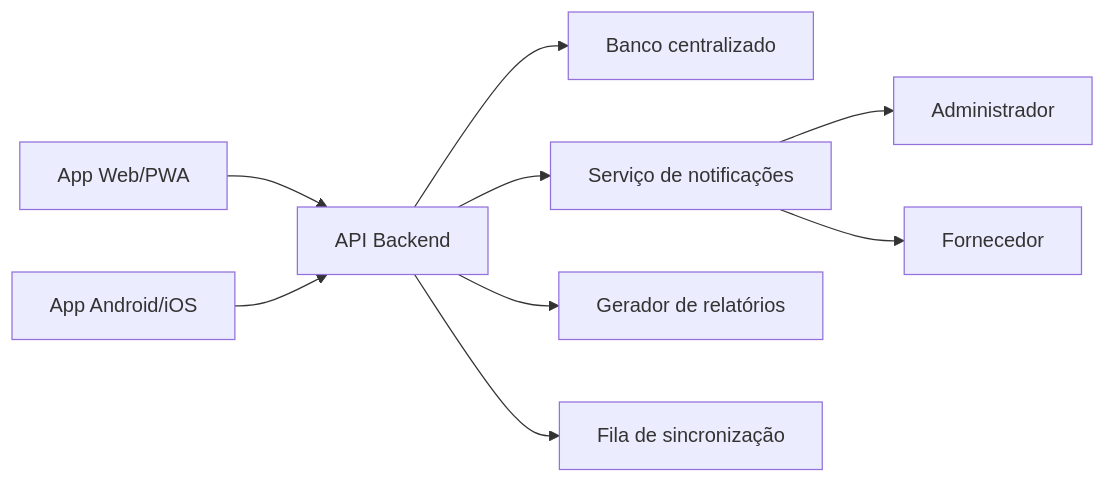
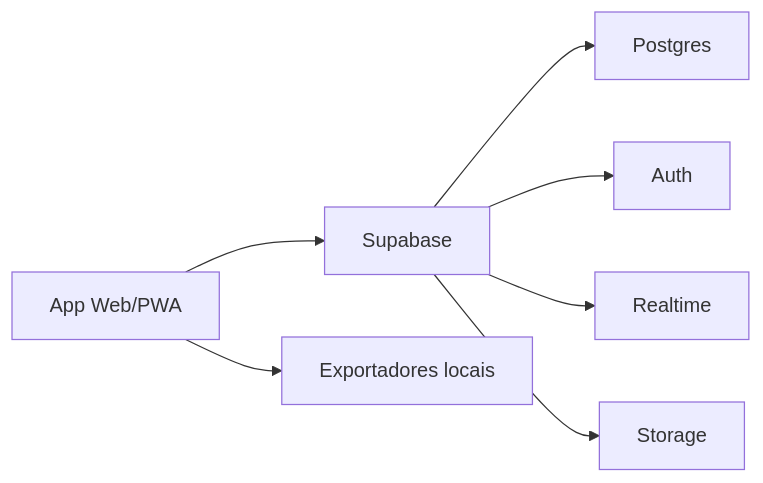
The diagram in docs/arquitetura.md (GuilhermeMoraesTV/alimenta-obra), drawn with Mermaid before and after one commit. The commit also changed other lines of this file and 25 other files, not shown here.

````diff
--- a/docs/arquitetura.md
+++ b/docs/arquitetura.md
@@ -13,11 +60,9 @@
 ```mermaid
 flowchart LR
-  A["App Web/PWA"] --> B["API Backend"]
-  C["App Android/iOS"] --> B
-  B --> D["Banco centralizado"]
-  B --> E["Serviço de notificações"]
-  B --> F["Gerador de relatórios"]
-  B --> G["Fila de sincronização"]
-  E --> H["Administrador"]
-  E --> I["Fornecedor"]
+  A["App Web/PWA"] --> B["Supabase"]
+  B --> C["Postgres"]
+  B --> D["Auth"]
+  B --> E["Realtime"]
+  B --> F["Storage"]
+  A --> G["Exportadores locais"]
 ```
````
